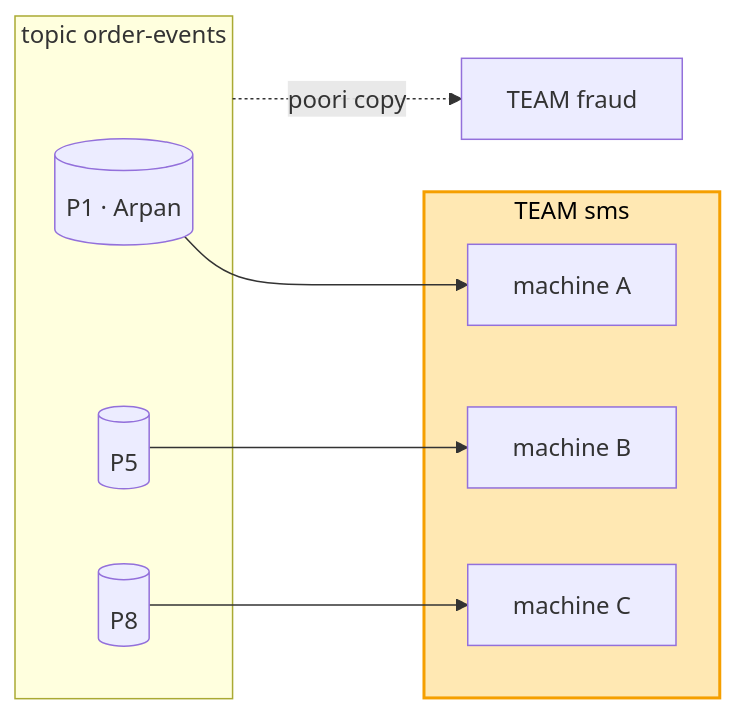
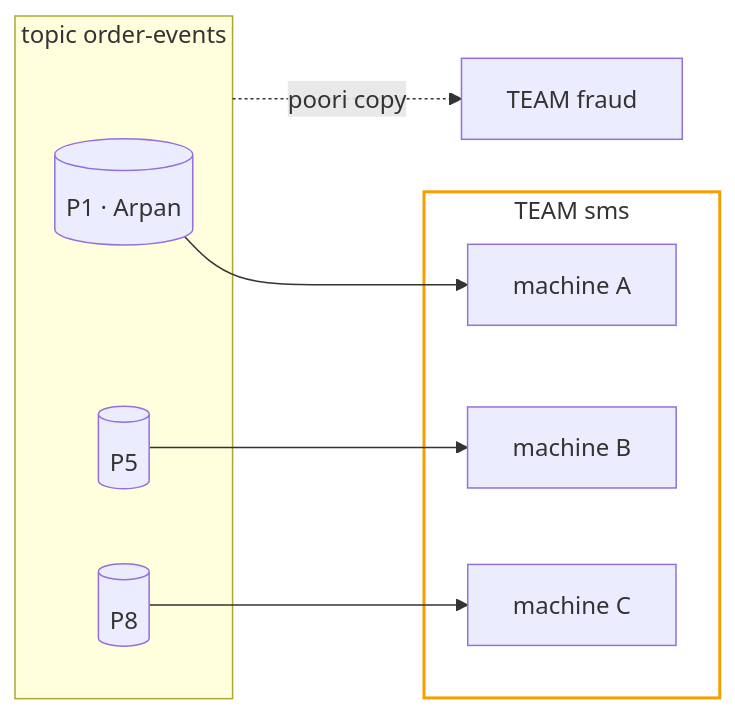
Before and after one commit to ArpanMaheshwari144/Prep: the fourth of 8 diagrams in 04_HLD/SYSTEM_DESIGNS/12_message_queue_kafka/12_message_queue_kafka.md, drawn with Mermaid. The commit also changed other lines of this file and 1 other file, not shown here.

Commit message:
HLD kafka: notes dobara (chhoti kahani lines) + 3 cross-Q dono file me (lag 7 din, min.insync pe order, SMS company band = breaker) + diagram saaf

````diff
--- a/04_HLD/SYSTEM_DESIGNS/12_message_queue_kafka/12_message_queue_kafka.md
+++ b/04_HLD/SYSTEM_DESIGNS/12_message_queue_kafka/12_message_queue_kafka.md
@@ -176,18 +176,18 @@
 ```mermaid
 flowchart LR
     subgraph T["topic order-events"]
         P1[("P1 · Arpan")]
         P5[("P5")]
         P8[("P8")]
     end
     subgraph S["TEAM sms"]
         A["machine A"]
         B["machine B"]
         C["machine C"]
     end
     P1 --> A
     P5 --> B
     P8 --> C
     T -. "poori copy" .-> F["TEAM fraud"]
-    style S fill:#ffe8b3,stroke:#f59f00,stroke-width:2px,color:#000
+    style S fill:none,stroke:#f59f00,stroke-width:2px
 ```
````
